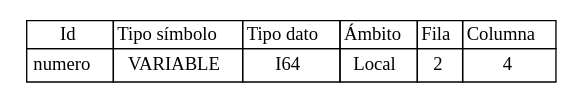
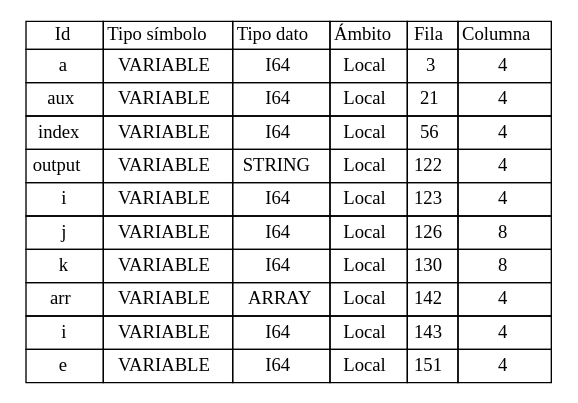
The diagram in Back/Web/tablas/tablaSimbolos.dot (Jodyannre/COMPI2_proyecto2_2022), drawn with Graphviz before and after one commit. The commit also changed 23 other files, not shown here.

```diff
--- a/Back/Web/tablas/tablaSimbolos.dot
+++ b/Back/Web/tablas/tablaSimbolos.dot
@@ -1,36 +1,198 @@
 
 	digraph {
 		tablaSimbolos [
 		  shape=plaintext
 		  label=<
 			<table border='0' cellborder='1' color='black' cellspacing='0'>
 			  <tr>
 				  <td>Id</td>
 				  <td>Tipo símbolo</td>
 				  <td>Tipo dato</td>
 				  <td>Ámbito</td>
 				  <td>Fila</td>
 				  <td>Columna</td>
 			  </tr>
 	
 <tr>
 <td cellpadding='4'>
-numero
+a
 </td>
 <td cellpadding='4'>VARIABLE
 </td>
 <td cellpadding='4'>I64
 </td>
 <td cellpadding='4'>Local
 </td>
 <td cellpadding='4'>
-2
+3
+</td>
+<td cellpadding='4'>
+4
+</td>
+</tr>
+
+<tr>
+<td cellpadding='4'>
+aux
+</td>
+<td cellpadding='4'>VARIABLE
+</td>
+<td cellpadding='4'>I64
+</td>
+<td cellpadding='4'>Local
+</td>
+<td cellpadding='4'>
+21
+</td>
+<td cellpadding='4'>
+4
+</td>
+</tr>
+
+<tr>
+<td cellpadding='4'>
+index
+</td>
+<td cellpadding='4'>VARIABLE
+</td>
+<td cellpadding='4'>I64
+</td>
+<td cellpadding='4'>Local
+</td>
+<td cellpadding='4'>
+56
+</td>
+<td cellpadding='4'>
+4
+</td>
+</tr>
+
+<tr>
+<td cellpadding='4'>
+output
+</td>
+<td cellpadding='4'>VARIABLE
+</td>
+<td cellpadding='4'>STRING
+</td>
+<td cellpadding='4'>Local
+</td>
+<td cellpadding='4'>
+122
+</td>
+<td cellpadding='4'>
+4
+</td>
+</tr>
+
+<tr>
+<td cellpadding='4'>
+i
+</td>
+<td cellpadding='4'>VARIABLE
+</td>
+<td cellpadding='4'>I64
+</td>
+<td cellpadding='4'>Local
+</td>
+<td cellpadding='4'>
+123
+</td>
+<td cellpadding='4'>
+4
+</td>
+</tr>
+
+<tr>
+<td cellpadding='4'>
+j
+</td>
+<td cellpadding='4'>VARIABLE
+</td>
+<td cellpadding='4'>I64
+</td>
+<td cellpadding='4'>Local
+</td>
+<td cellpadding='4'>
+126
+</td>
+<td cellpadding='4'>
+8
+</td>
+</tr>
+
+<tr>
+<td cellpadding='4'>
+k
+</td>
+<td cellpadding='4'>VARIABLE
+</td>
+<td cellpadding='4'>I64
+</td>
+<td cellpadding='4'>Local
+</td>
+<td cellpadding='4'>
+130
+</td>
+<td cellpadding='4'>
+8
+</td>
+</tr>
+
+<tr>
+<td cellpadding='4'>
+arr
+</td>
+<td cellpadding='4'>VARIABLE
+</td>
+<td cellpadding='4'>ARRAY
+</td>
+<td cellpadding='4'>Local
+</td>
+<td cellpadding='4'>
+142
+</td>
+<td cellpadding='4'>
+4
+</td>
+</tr>
+
+<tr>
+<td cellpadding='4'>
+i
+</td>
+<td cellpadding='4'>VARIABLE
+</td>
+<td cellpadding='4'>I64
+</td>
+<td cellpadding='4'>Local
+</td>
+<td cellpadding='4'>
+143
+</td>
+<td cellpadding='4'>
+4
+</td>
+</tr>
+
+<tr>
+<td cellpadding='4'>
+e
+</td>
+<td cellpadding='4'>VARIABLE
+</td>
+<td cellpadding='4'>I64
+</td>
+<td cellpadding='4'>Local
+</td>
+<td cellpadding='4'>
+151
 </td>
 <td cellpadding='4'>
 4
 </td>
 </tr>
 
 		</table>
 		>];
 	}
```
